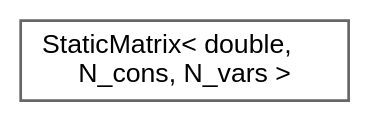
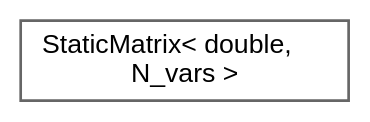
One commit to jswoo0615/Algorithms_for_Optimization_cpp changed the diagram in inherit_graph_106.dot. Above: the diagram before and after it, drawn with Graphviz. The commit also changed 122 other files, not shown here.

```diff
--- a/inherit_graph_106.dot
+++ b/inherit_graph_106.dot
@@ -1,9 +1,9 @@
 digraph "Graphical Class Hierarchy"
 {
  // LATEX_PDF_SIZE
   bgcolor="transparent";
   edge [fontname=Helvetica,fontsize=10,labelfontname=Helvetica,labelfontsize=10];
   node [fontname=Helvetica,fontsize=10,shape=box,height=0.2,width=0.4];
   rankdir="LR";
-  Node0 [id="Node000000",label="StaticMatrix\< double,\l N_cons, N_vars \>",height=0.2,width=0.4,color="grey40", fillcolor="white", style="filled",URL="$classStaticMatrix.html",tooltip=" "];
+  Node0 [id="Node000000",label="StaticMatrix\< double,\l N_vars \>",height=0.2,width=0.4,color="grey40", fillcolor="white", style="filled",URL="$classStaticMatrix.html",tooltip=" "];
 }
```
